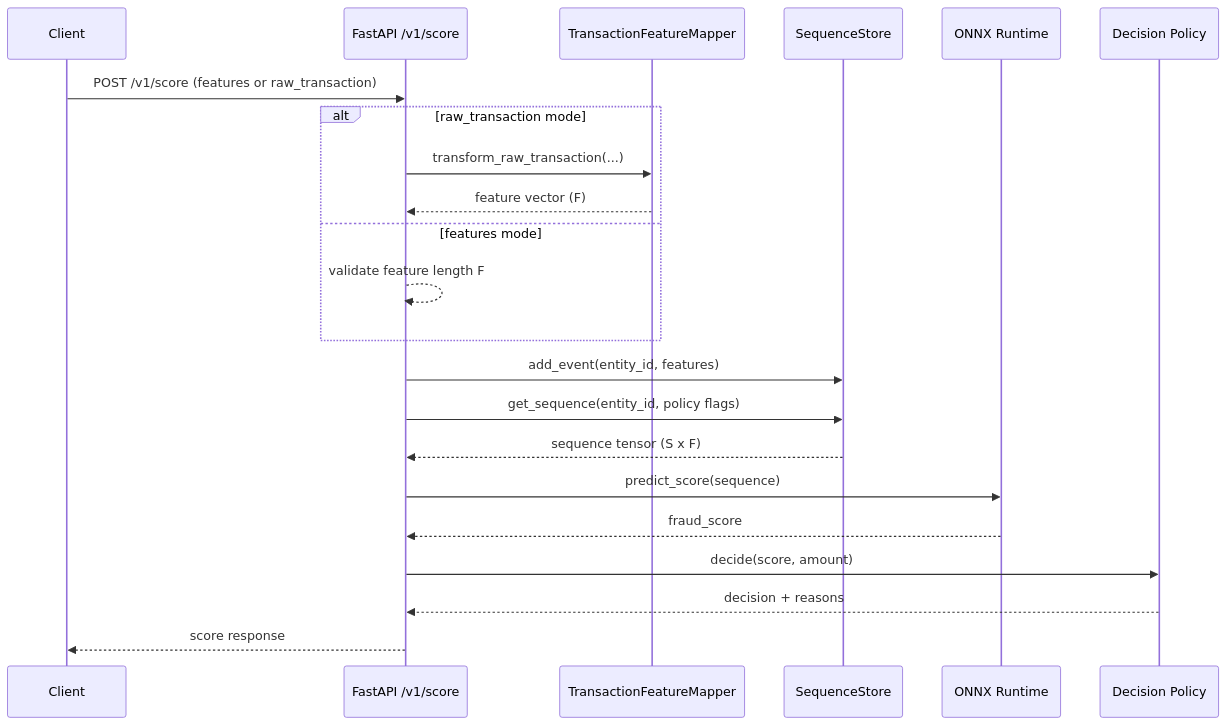
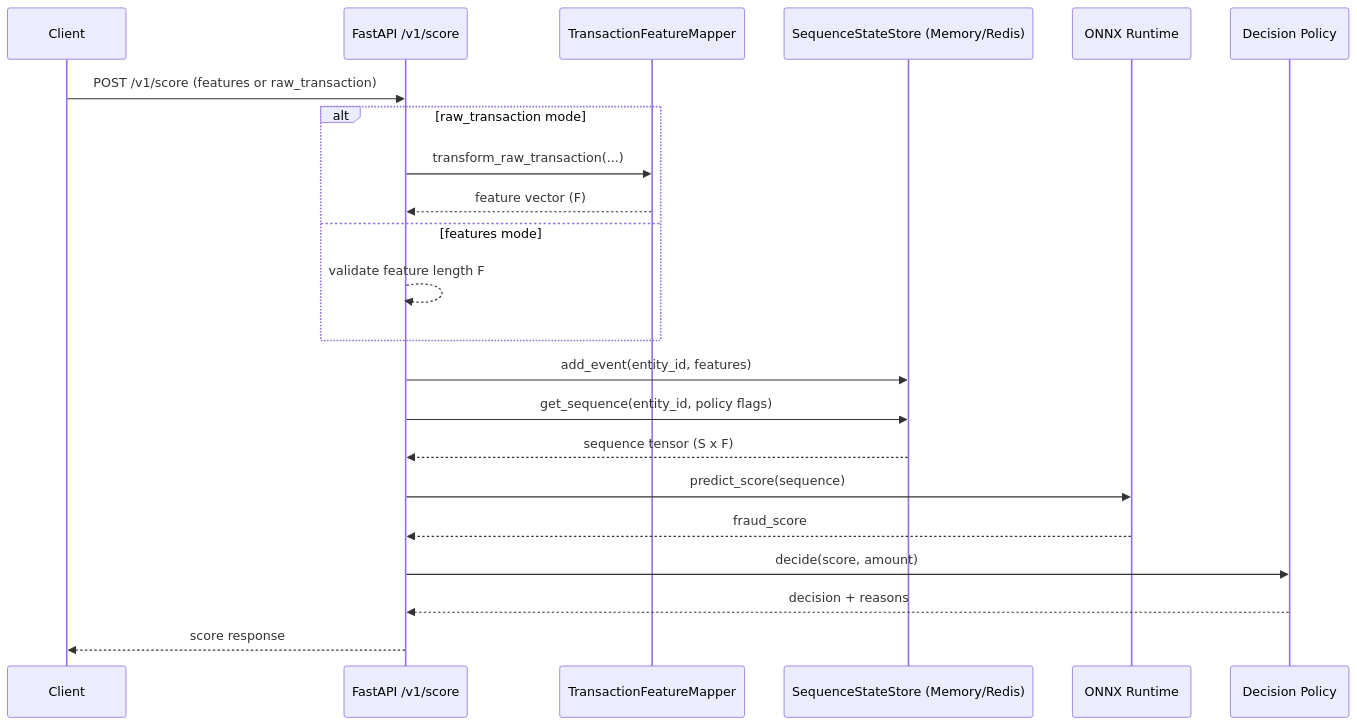
The second of 3 diagrams in README.md (tpranav111/Real-Time-Transaction-Anomaly-Detection-API-LSTM-ONNX-), drawn with Mermaid before and after one commit. The commit also changed other lines of this file and 4 other files, not shown here.

````diff
--- a/README.md
+++ b/README.md
@@ -154,26 +162,26 @@
 ```mermaid
 sequenceDiagram
     participant Client
     participant API as FastAPI /v1/score
     participant Mapper as TransactionFeatureMapper
-    participant Seq as SequenceStore
+    participant Seq as SequenceStateStore (Memory/Redis)
     participant Model as ONNX Runtime
     participant Policy as Decision Policy
 
     Client->>API: POST /v1/score (features or raw_transaction)
     alt raw_transaction mode
         API->>Mapper: transform_raw_transaction(...)
         Mapper-->>API: feature vector (F)
     else features mode
         API-->>API: validate feature length F
     end
 
     API->>Seq: add_event(entity_id, features)
     API->>Seq: get_sequence(entity_id, policy flags)
     Seq-->>API: sequence tensor (S x F)
     API->>Model: predict_score(sequence)
     Model-->>API: fraud_score
     API->>Policy: decide(score, amount)
     Policy-->>API: decision + reasons
     API-->>Client: score response
 ```
````
